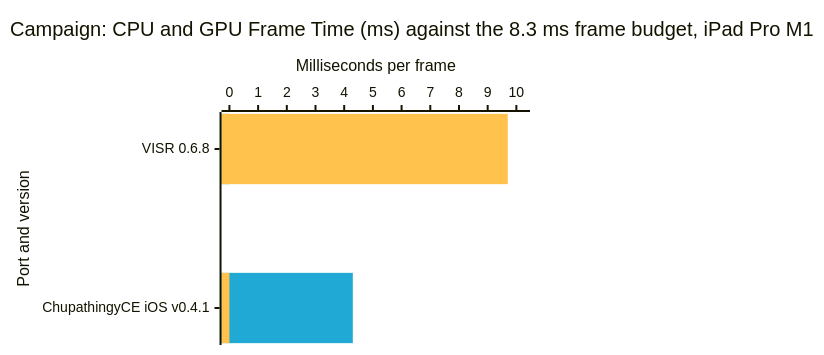
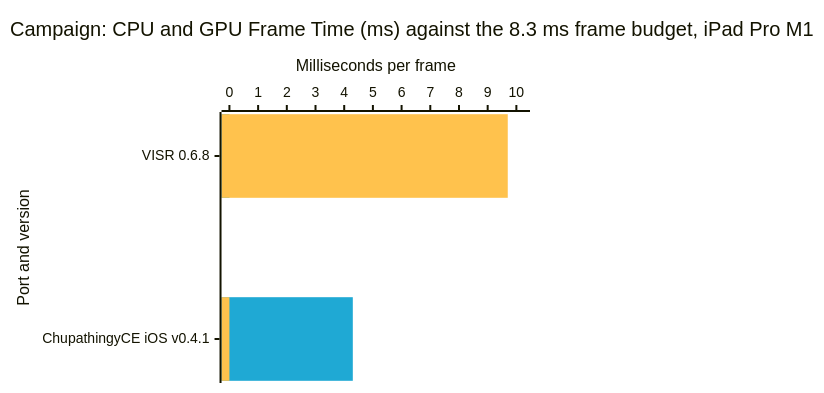
One commit to VISR-CE/visr changed the third of 8 diagrams in docs/benchmarks.md. Above: the diagram before and after it, drawn with Mermaid. The commit also changed other lines of this file and 19 other files, not shown here.

````diff
--- a/docs/benchmarks.md
+++ b/docs/benchmarks.md
@@ -78,17 +78,17 @@
 ```mermaid
 ---
 config:
   xyChart:
     width: 520
-    height: 335
+    height: 373
   themeVariables:
     xyChart:
       plotColorPalette: "#1fa9d4, #ffc24d"
 ---
 xychart-beta horizontal
     title "Campaign: CPU and GPU Frame Time (ms) against the 8.3 ms frame budget, iPad Pro M1"
     x-axis "Port and version" ["VISR 0.6.8", "ChupathingyCE iOS v0.4.1"]
     y-axis "Milliseconds per frame" 0 --> 10.2
     bar [0, 4.3]
     bar [9.7, 0]
 ```
````
